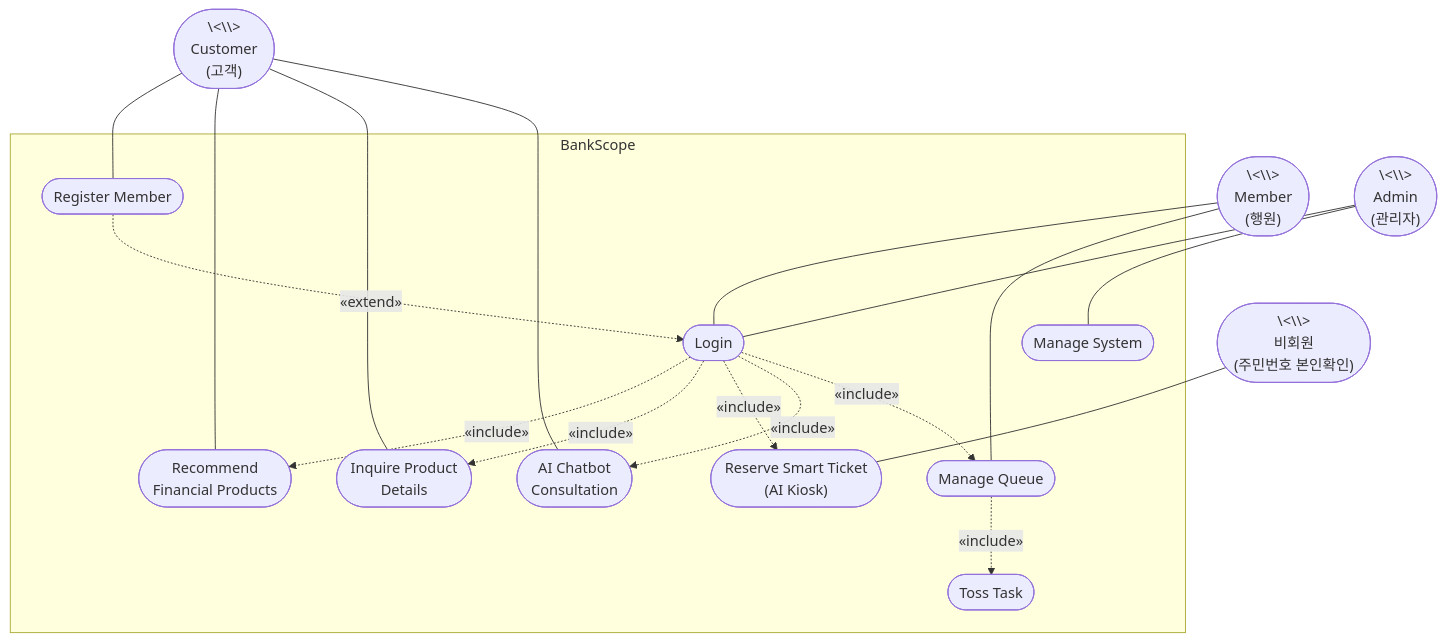
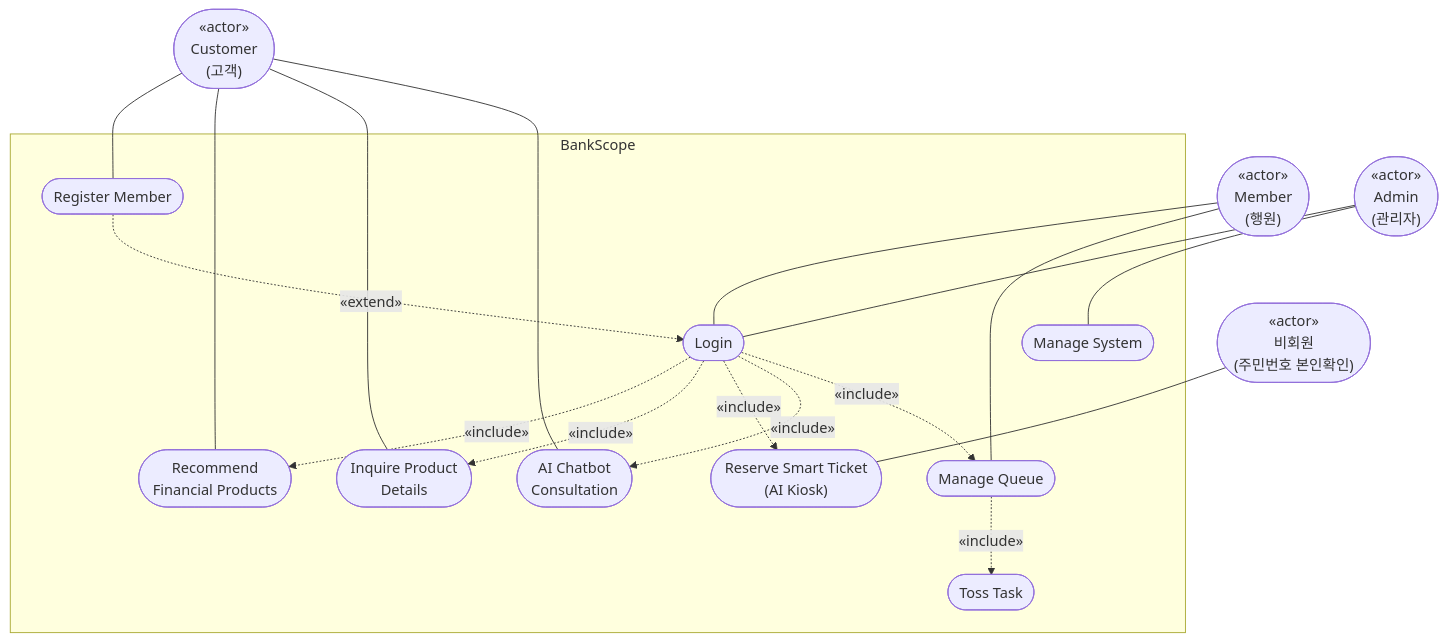
One commit to silversky621/BankScope changed the diagram in Analysis_[21622137_최재영].md. Above: the diagram before and after it, drawn with Mermaid. The commit also changed 1 other file, not shown here.

Commit message:
fix: Mermaid 다이어그램 actor 표기 수정 (\<\< → «»)

````diff
--- a/Analysis_[21622137_최재영].md
+++ b/Analysis_[21622137_최재영].md
@@ -61,37 +61,37 @@
 ```mermaid
 flowchart TB
-    Customer(["\<\<actor\>\>\nCustomer\n(고객)"])
-    Member(["\<\<actor\>\>\nMember\n(행원)"])
-    Admin(["\<\<actor\>\>\nAdmin\n(관리자)"])
-    NonMember(["\<\<actor\>\>\n비회원\n(주민번호 본인확인)"])
+    Customer(["«actor»\nCustomer\n(고객)"])
+    Member(["«actor»\nMember\n(행원)"])
+    Admin(["«actor»\nAdmin\n(관리자)"])
+    NonMember(["«actor»\n비회원\n(주민번호 본인확인)"])
 
     subgraph BankScope["BankScope"]
         RM(["Register Member"])
         LG(["Login"])
         RF(["Recommend\nFinancial Products"])
         IP(["Inquire Product\nDetails"])
         RST(["Reserve Smart Ticket\n(AI Kiosk)"])
         AC(["AI Chatbot\nConsultation"])
         MQ(["Manage Queue"])
         TT(["Toss Task"])
         MS(["Manage System"])
 
         RM -.->|"«extend»"| LG
         LG -.->|"«include»"| RF
         LG -.->|"«include»"| IP
         LG -.->|"«include»"| RST
         LG -.->|"«include»"| AC
         LG -.->|"«include»"| MQ
         MQ -.->|"«include»"| TT
     end
 
     Customer --- RM
     Customer --- RF
     Customer --- IP
     Customer --- AC
     Member --- LG
     Member --- MQ
     Admin --- LG
     Admin --- MS
     NonMember --- RST
 ```
````
